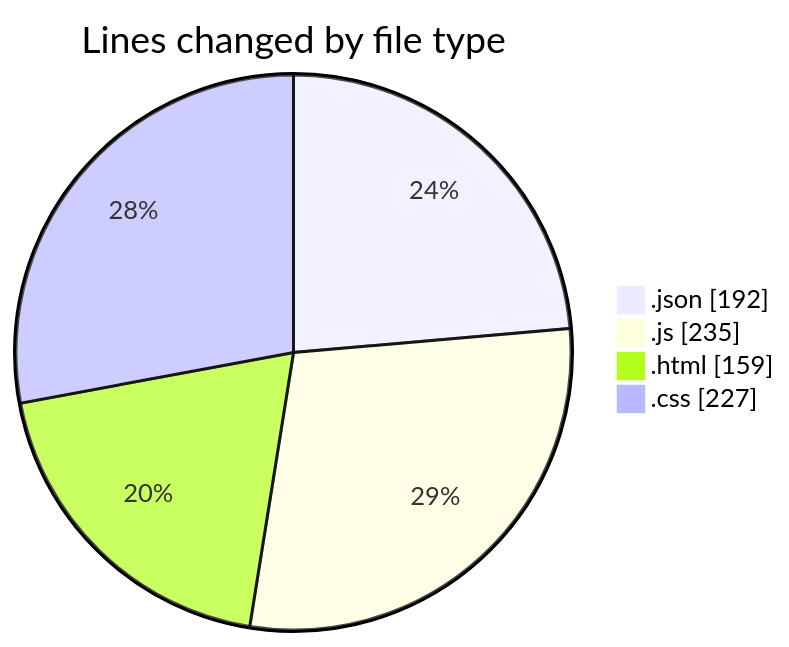
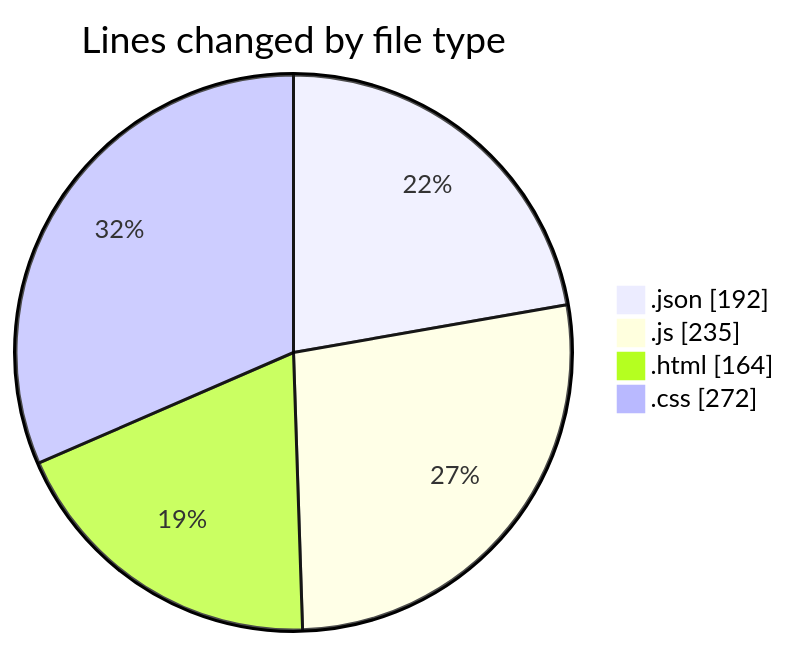
Before and after one commit to Ritupan-Deka/code-tracking: the first of 2 diagrams in 2025-07-05/hidden_search_widget/README.md, drawn with Mermaid. The commit also changed other lines of this file and 1 other file, not shown here.

````diff
--- a/2025-07-05/hidden_search_widget/README.md
+++ b/2025-07-05/hidden_search_widget/README.md
@@ -26,8 +26,8 @@
 ```mermaid
 pie showData
 title Lines changed by file type
 ".json" : 192
 ".js" : 235
-".html" : 159
-".css" : 227
+".html" : 164
+".css" : 272
 ```
````
